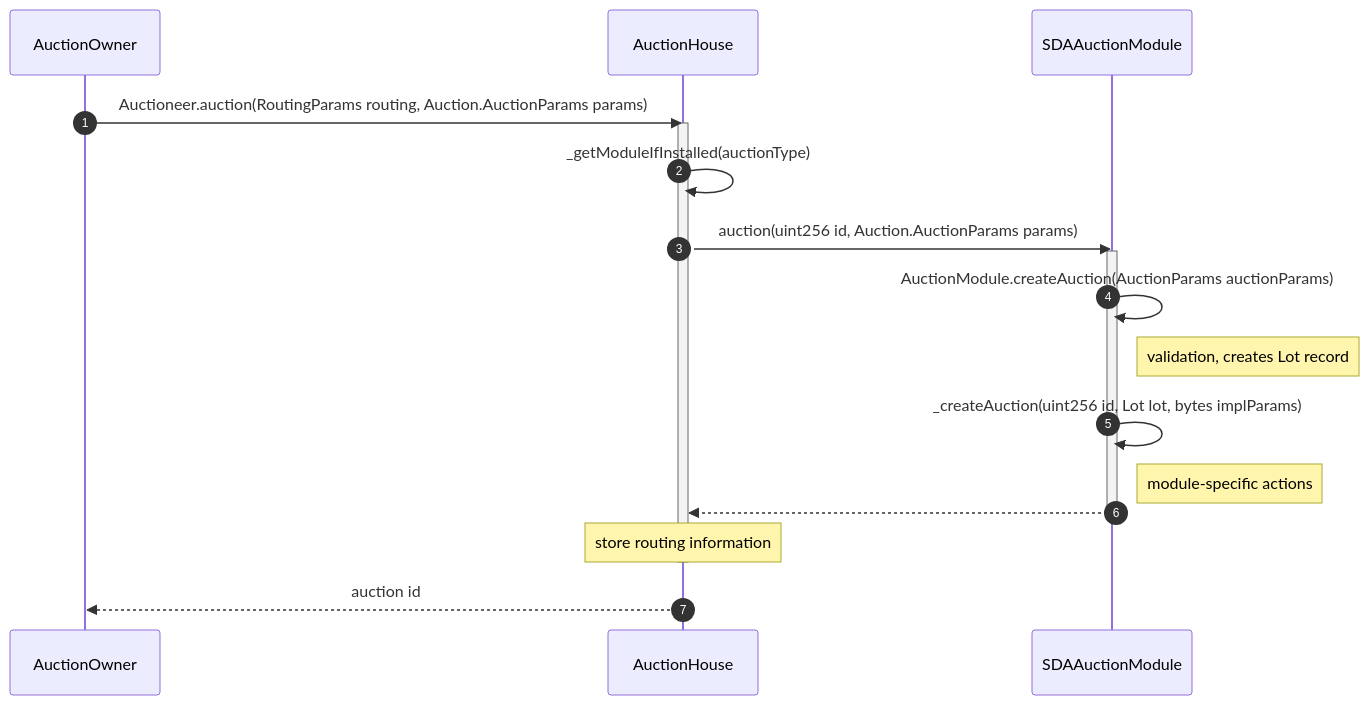
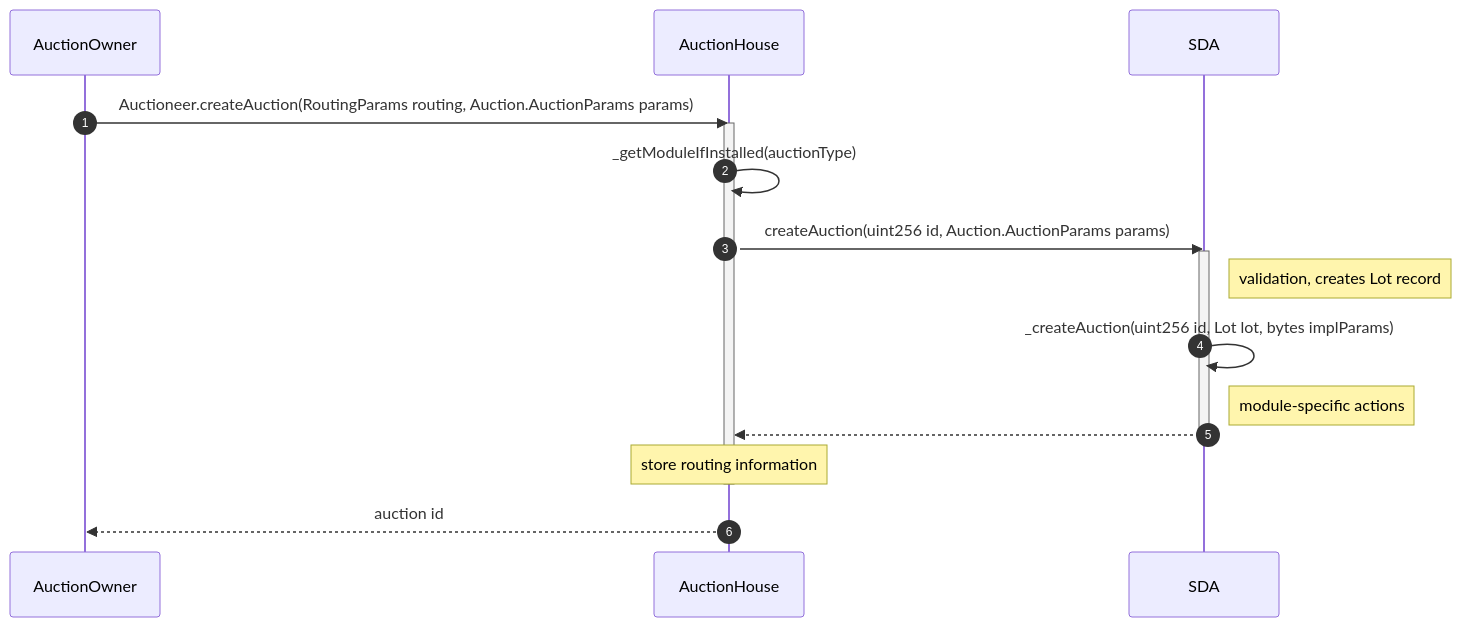
Before and after one commit to Axis-Fi/axis-core: the second of 7 diagrams in ARCHITECTURE.md, drawn with Mermaid. The commit also changed other lines of this file, not shown here.

Commit message:
doc: add'l architecture updates

````diff
--- a/ARCHITECTURE.md
+++ b/ARCHITECTURE.md
@@ -207,26 +220,25 @@
 ```mermaid
 sequenceDiagram
   autoNumber
   participant AuctionOwner
   participant AuctionHouse
-  participant SDAAuctionModule
+  participant SDA
 
-  AuctionOwner->>AuctionHouse: Auctioneer.auction(RoutingParams routing, Auction.AuctionParams params)
+  AuctionOwner->>AuctionHouse: Auctioneer.createAuction(RoutingParams routing, Auction.AuctionParams params)
   activate AuctionHouse
     AuctionHouse->>AuctionHouse: _getModuleIfInstalled(auctionType)
 
-    AuctionHouse->>SDAAuctionModule: auction(uint256 id, Auction.AuctionParams params)
-    activate SDAAuctionModule
-      SDAAuctionModule->>SDAAuctionModule: AuctionModule.createAuction(AuctionParams auctionParams)
-      Note right of SDAAuctionModule: validation, creates Lot record
-      SDAAuctionModule->>SDAAuctionModule: _createAuction(uint256 id, Lot lot, bytes implParams)
-      Note right of SDAAuctionModule: module-specific actions
+    AuctionHouse->>SDA: createAuction(uint256 id, Auction.AuctionParams params)
+    activate SDA
+      Note right of SDA: validation, creates Lot record
+      SDA->>SDA: _createAuction(uint256 id, Lot lot, bytes implParams)
+      Note right of SDA: module-specific actions
 
-      SDAAuctionModule-->>AuctionHouse: 
-    deactivate SDAAuctionModule
+      SDA-->>AuctionHouse: 
+    deactivate SDA
 
     Note over AuctionHouse: store routing information
   deactivate AuctionHouse
 
   AuctionHouse-->>AuctionOwner: auction id
 ```
````
